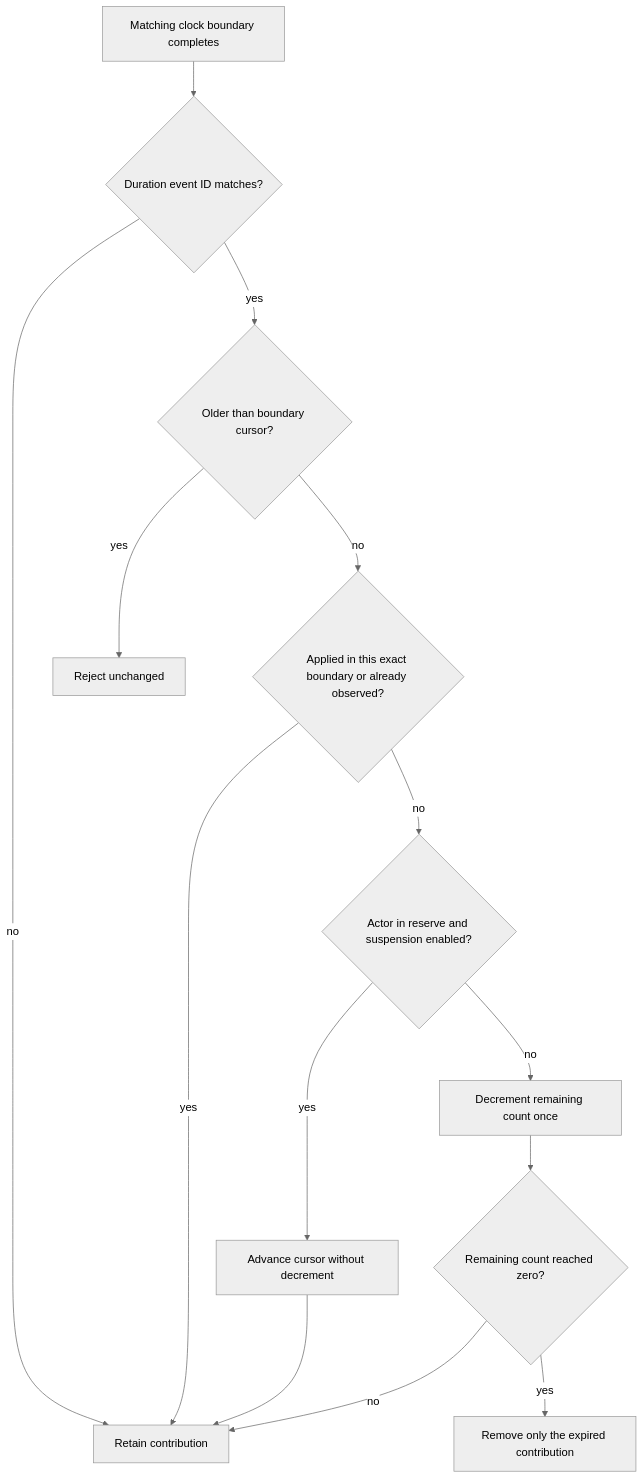
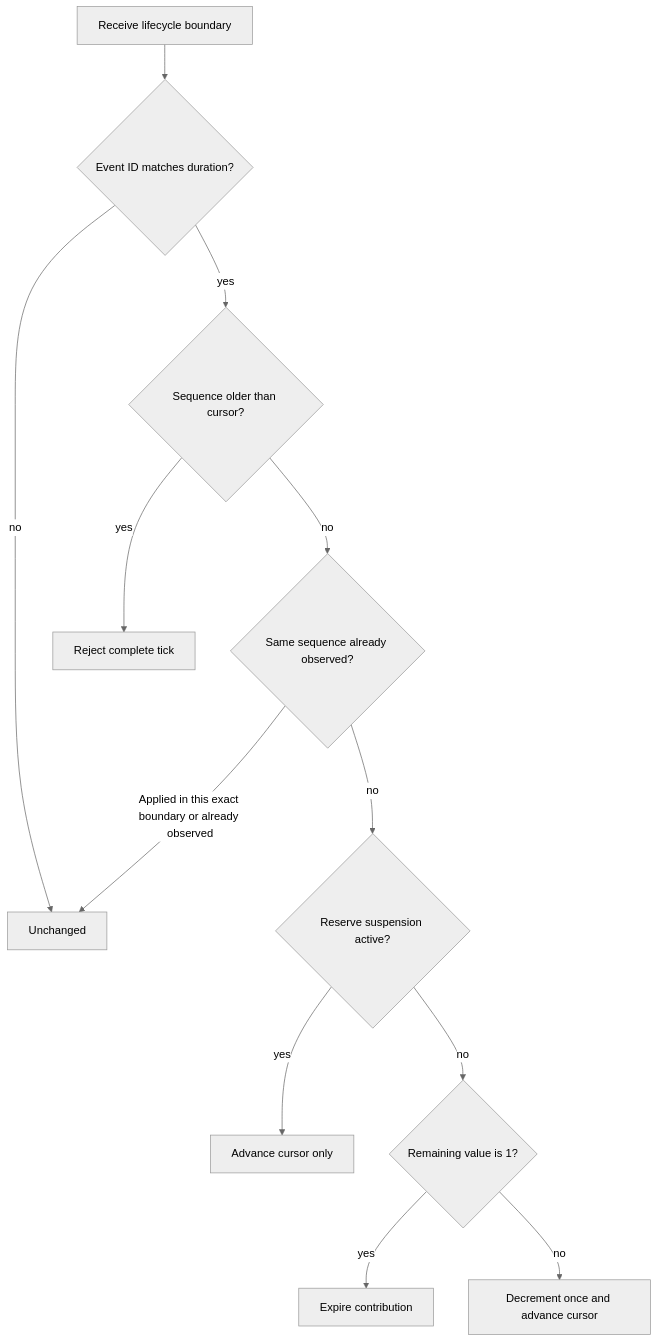
Before and after one commit to KayelC/Convergence: the fifth of 6 diagrams in docs/technical/stat-modifier-policy-runtime.md, drawn with Mermaid (neutral theme). The commit also changed other lines of this file and 12 other files, not shown here.

````diff
--- a/docs/technical/stat-modifier-policy-runtime.md
+++ b/docs/technical/stat-modifier-policy-runtime.md
@@ -199,27 +211,14 @@
 ```mermaid
 flowchart TD
-    Tick["Matching clock boundary completes"]
-    Match{"Duration event ID matches?"}
-    Stale{"Older than boundary cursor?"}
-    Same{"Applied in this exact boundary or already observed?"}
-    Reserve{"Actor in reserve and suspension enabled?"}
-    Observe["Advance cursor without decrement"]
-    Decrement["Decrement remaining count once"]
-    Expire{"Remaining count reached zero?"}
-    Remove["Remove only the expired contribution"]
-    Keep["Retain contribution"]
-
-    Tick --> Match
-    Match -->|no| Keep
-    Match -->|yes| Stale
-    Stale -->|yes| Reject["Reject unchanged"]
-    Stale -->|no| Same
-    Same -->|yes| Keep
-    Same -->|no| Reserve
-    Reserve -->|yes| Observe
-    Reserve -->|no| Decrement
-    Observe --> Keep
-    Decrement --> Expire
-    Expire -->|yes| Remove
-    Expire -->|no| Keep
+    T["Receive lifecycle boundary"] --> M{"Event ID matches duration?"}
+    M -->|"no"| U["Unchanged"]
+    M -->|"yes"| O{"Sequence older than cursor?"}
+    O -->|"yes"| R["Reject complete tick"]
+    O -->|"no"| S{"Same sequence already observed?"}
+    S -->|"Applied in this exact boundary or already observed"| U
+    S -->|"no"| D{"Reserve suspension active?"}
+    D -->|"yes"| C["Advance cursor only"]
+    D -->|"no"| V{"Remaining value is 1?"}
+    V -->|"yes"| X["Expire contribution"]
+    V -->|"no"| K["Decrement once and advance cursor"]
 ```
````
